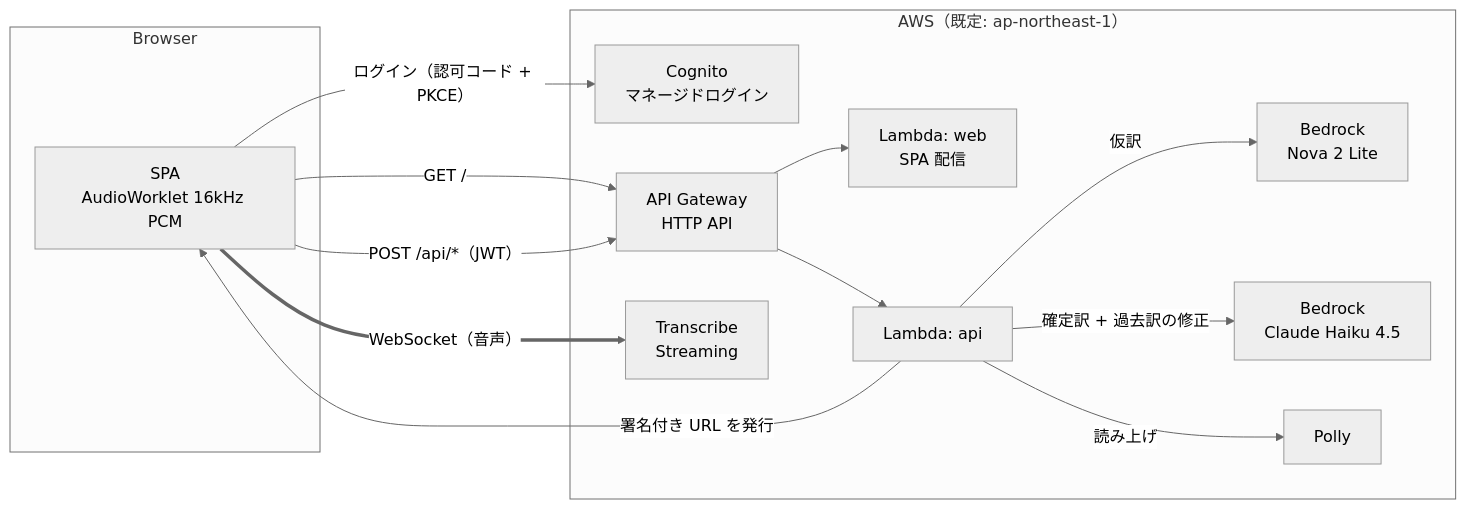
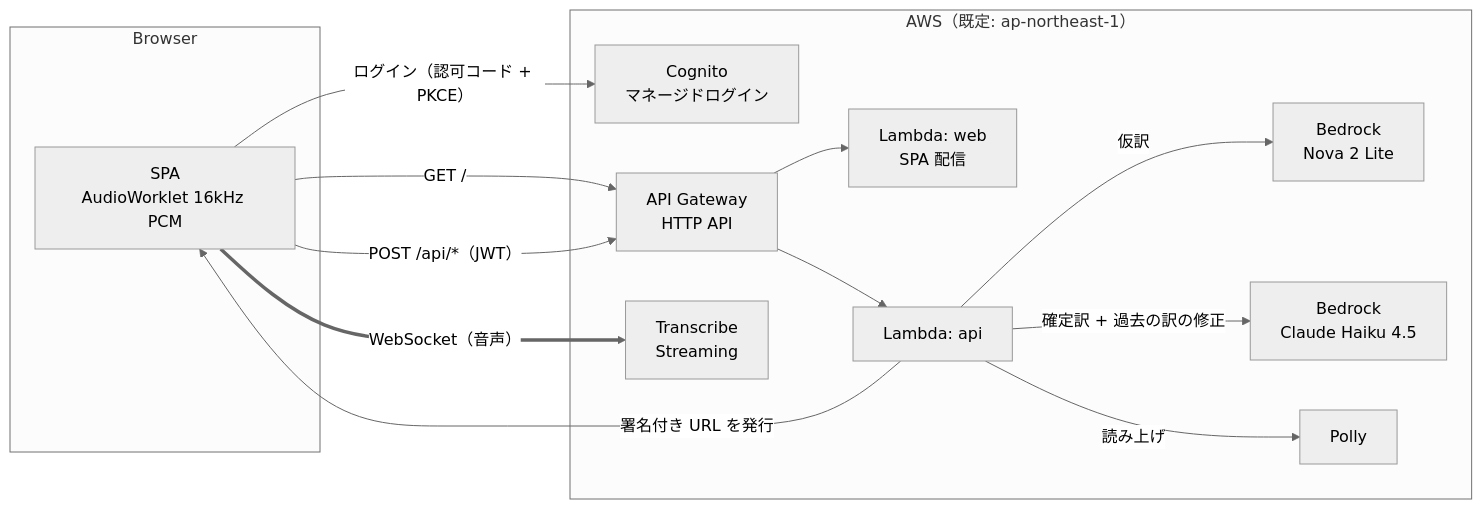
The diagram in README.md (cyberbose-dev/realtime-interpreter), drawn with Mermaid (neutral theme) before and after one commit. The commit also changed other lines of this file, not shown here.

````diff
--- a/README.md
+++ b/README.md
@@ -25,24 +25,24 @@
 ```mermaid
 flowchart LR
   subgraph Browser
     UI[SPA<br/>AudioWorklet 16kHz PCM]
   end
   subgraph AWS["AWS（既定: ap-northeast-1）"]
     Cognito[Cognito<br/>マネージドログイン]
     APIGW[API Gateway<br/>HTTP API]
     Web[Lambda: web<br/>SPA 配信]
     Api[Lambda: api]
     Transcribe[Transcribe<br/>Streaming]
     Nova[Bedrock<br/>Nova 2 Lite]
     Haiku[Bedrock<br/>Claude Haiku 4.5]
     Polly[Polly]
   end
   UI -- ログイン（認可コード + PKCE） --> Cognito
   UI -- "GET /" --> APIGW --> Web
   UI -- "POST /api/*（JWT）" --> APIGW --> Api
   Api -- 署名付き URL を発行 --> UI
   UI == "WebSocket（音声）" ==> Transcribe
   Api -- 仮訳 --> Nova
-  Api -- 確定訳 + 過去訳の修正 --> Haiku
+  Api -- 確定訳 + 過去の訳の修正 --> Haiku
   Api -- 読み上げ --> Polly
 ```
````
